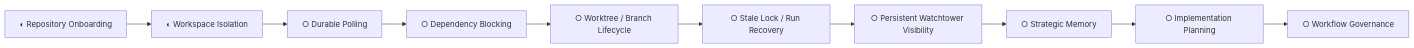
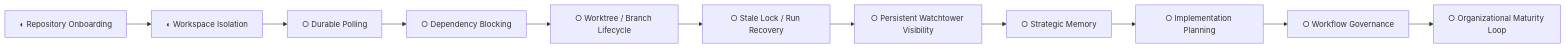
The third of 4 diagrams in docs/capability-tree.md (RedEagleSoftware/the-circus), drawn with Mermaid before and after one commit. The commit also changed other lines of this file and 2 other files, not shown here.

Commit message:
Document organizational maturity frontier

````diff
--- a/docs/capability-tree.md
+++ b/docs/capability-tree.md
@@ -48,23 +50,25 @@
 ```mermaid
 flowchart LR
     onboarding["◐ Repository Onboarding"]
     workspace["◐ Workspace Isolation"]
     polling["○ Durable Polling"]
     dependency["○ Dependency Blocking"]
     lifecycle["○ Worktree / Branch Lifecycle"]
     recovery["○ Stale Lock / Run Recovery"]
     visibility["○ Persistent Watchtower Visibility"]
     memory["○ Strategic Memory"]
     planning["○ Implementation Planning"]
     governance["○ Workflow Governance"]
+    maturity["○ Organizational Maturity Loop"]
 
     onboarding --> workspace
     workspace --> polling
     polling --> dependency
     dependency --> lifecycle
     lifecycle --> recovery
     recovery --> visibility
     visibility --> memory
     memory --> planning
     planning --> governance
+    governance --> maturity
 ```
````
